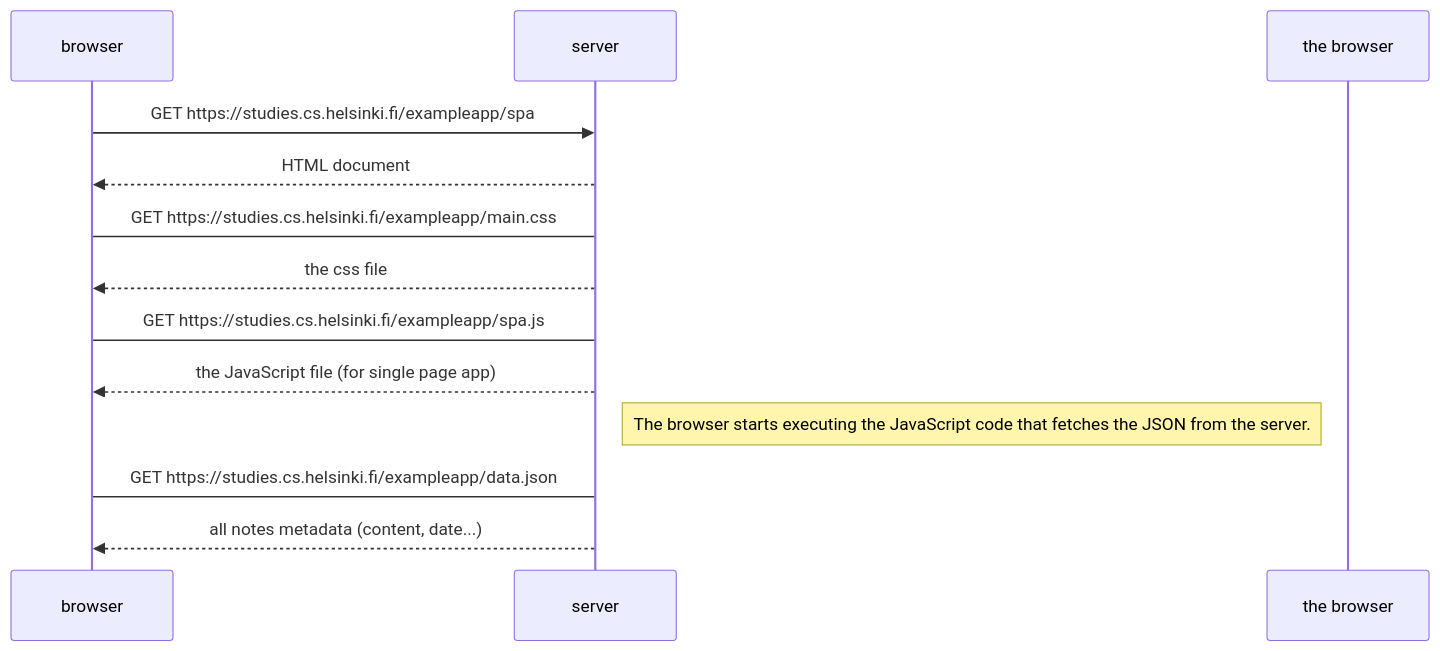
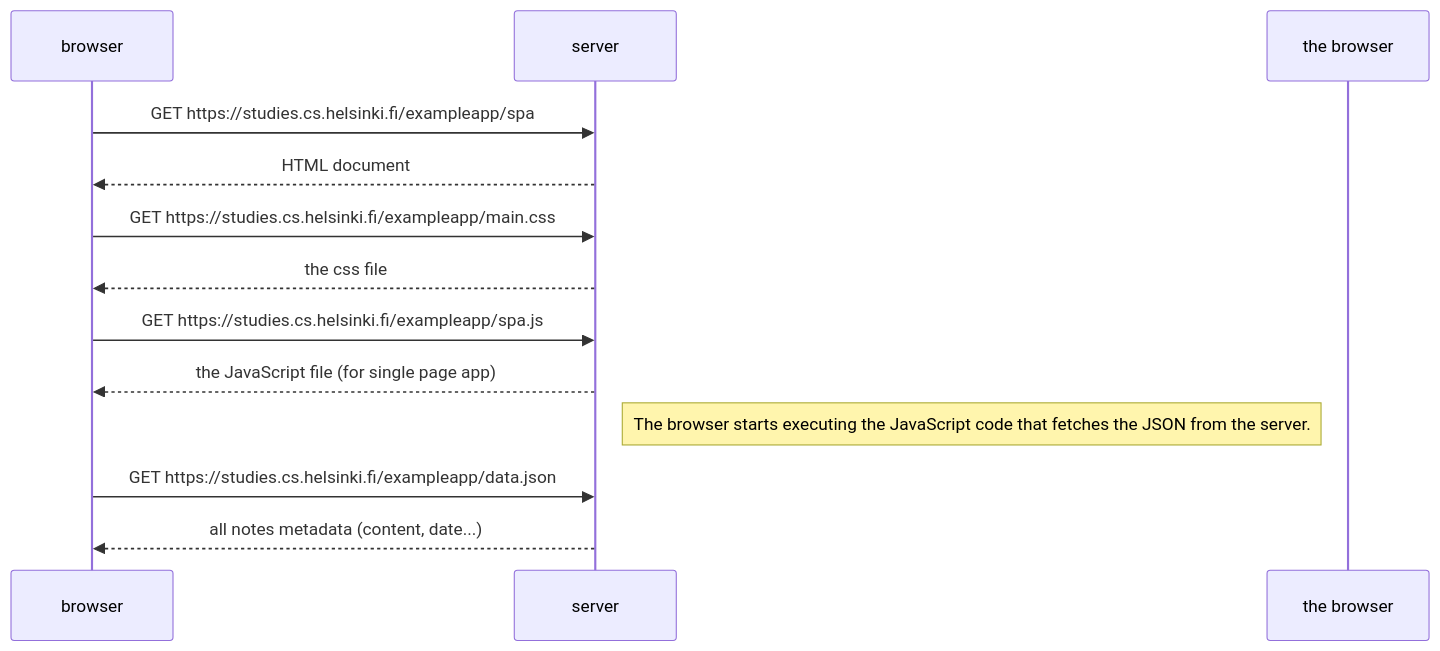
Before and after one commit to Sprachenmeister/Full_Stack_Open: the diagram in part0/singlePageAppDiagram.md, drawn with Mermaid.

Commit message:
file update

````diff
--- a/part0/singlePageAppDiagram.md
+++ b/part0/singlePageAppDiagram.md
@@ -3,16 +3,16 @@
 ```mermaid
 sequenceDiagram
 
     browser->>server: GET https://studies.cs.helsinki.fi/exampleapp/spa
     server-->>browser: HTML document
 
-    browser->server: GET https://studies.cs.helsinki.fi/exampleapp/main.css
+    browser->>server: GET https://studies.cs.helsinki.fi/exampleapp/main.css
     server-->>browser: the css file
 
-    browser->server: GET https://studies.cs.helsinki.fi/exampleapp/spa.js
+    browser->>server: GET https://studies.cs.helsinki.fi/exampleapp/spa.js
     server-->>browser: the JavaScript file (for single page app)
     Note left of the browser: The browser starts executing the JavaScript code that fetches the JSON from the server.
 
-    browser->server: GET https://studies.cs.helsinki.fi/exampleapp/data.json
+    browser->>server: GET https://studies.cs.helsinki.fi/exampleapp/data.json
     server-->>browser: all notes metadata (content, date...)
 ```
````
